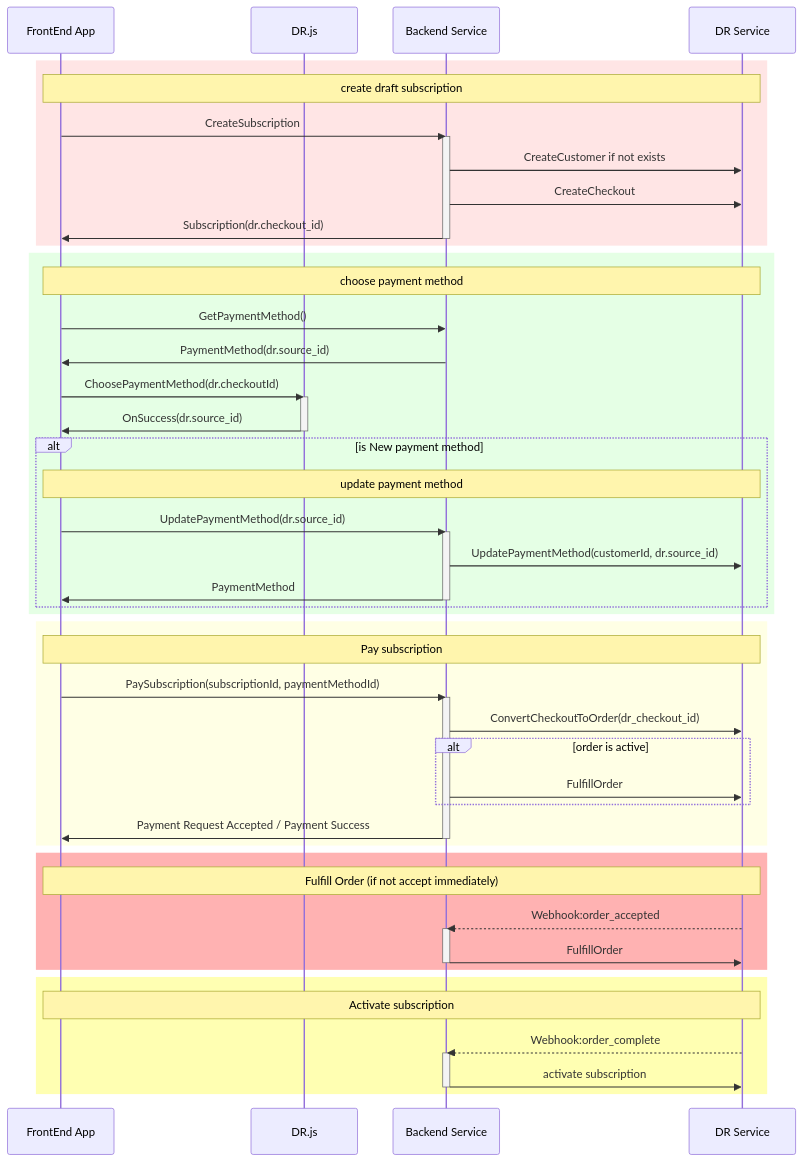
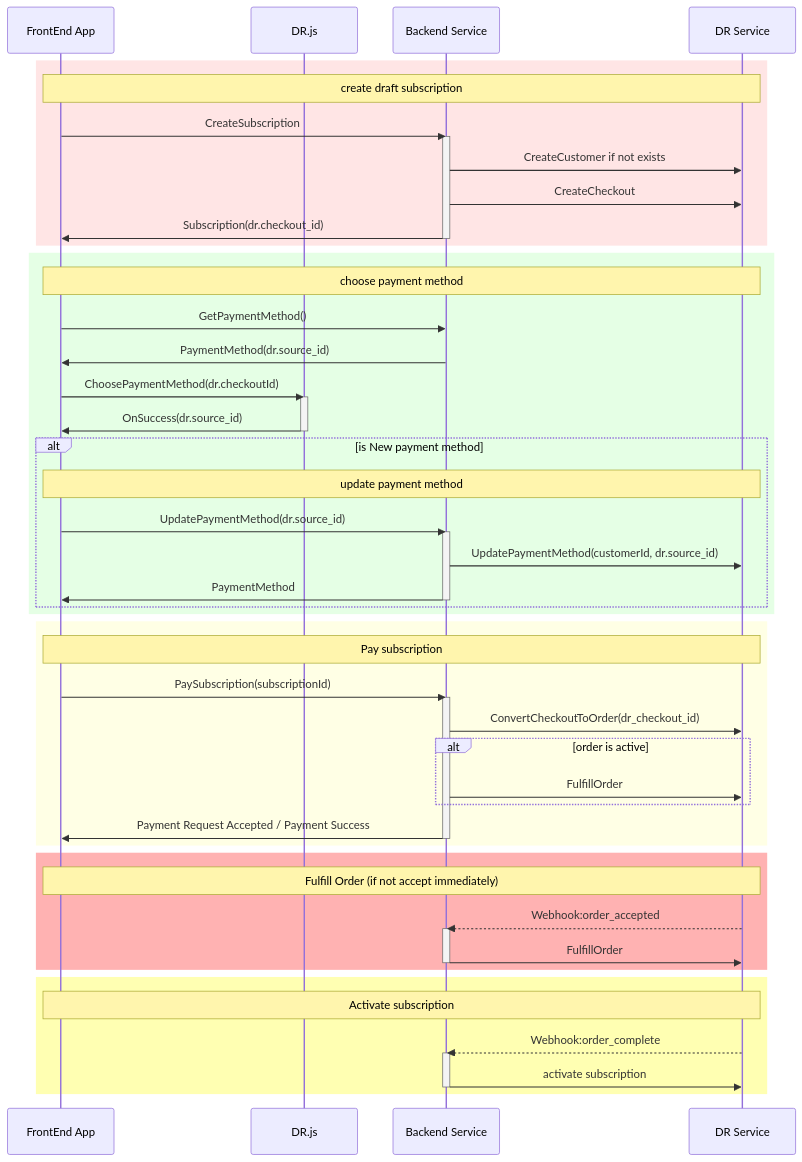
Before and after one commit to tigerbook73/siser-backend: the second of 2 diagrams in doc/Subscription.md, drawn with Mermaid.

````diff
--- a/doc/Subscription.md
+++ b/doc/Subscription.md
@@ -34,64 +34,64 @@
 ```mermaid
 sequenceDiagram
 participant App as FrontEnd App
 participant DRJS as DR.js
 participant BE as Backend Service
 participant DR as DR Service
 
 rect rgba(255,0,0,0.1)
 note over App, DR: create draft subscription
 App->>BE: CreateSubscription
 activate BE
 BE->>DR: CreateCustomer if not exists
 BE->>DR: CreateCheckout
 BE->>App: Subscription(dr.checkout_id)
 deactivate BE
 end
 
 rect rgba(0,255,0,0.1)
 note over App, DR: choose payment method
 App->>BE: GetPaymentMethod()
 BE->>App: PaymentMethod(dr.source_id)
 App->>DRJS: ChoosePaymentMethod(dr.checkoutId)
 activate DRJS
 DRJS->>App: OnSuccess(dr.source_id)
 deactivate DRJS
 
 alt is New payment method
   note over App, DR: update payment method
   App->>BE: UpdatePaymentMethod(dr.source_id)
   activate BE
   BE->>DR: UpdatePaymentMethod(customerId, dr.source_id)
   BE->>App: PaymentMethod
   deactivate BE
   end
 end 
 
 rect rgba(255,255,0,0.1)
 note over App, DR: Pay subscription
-App->>BE: PaySubscription(subscriptionId, paymentMethodId)
+App->>BE: PaySubscription(subscriptionId)
 activate BE
 BE->>DR: ConvertCheckoutToOrder(dr_checkout_id)
 alt order is active
   BE->>DR: FulfillOrder
 end
 BE->>App: Payment Request Accepted / Payment Success
 deactivate BE
 end 
 
 rect rgba(255,0,0,0.3)
 note over App, DR: Fulfill Order (if not accept immediately)
 DR-->>BE: Webhook:order_accepted
 activate BE
 BE->>DR: FulfillOrder
 deactivate BE
 end
 
 rect rgba(255,255,0,0.3)
 note over App, DR: Activate subscription
 DR-->>BE: Webhook:order_complete
 activate BE
 BE->>DR: activate subscription
 deactivate BE
 end
 ```
````
